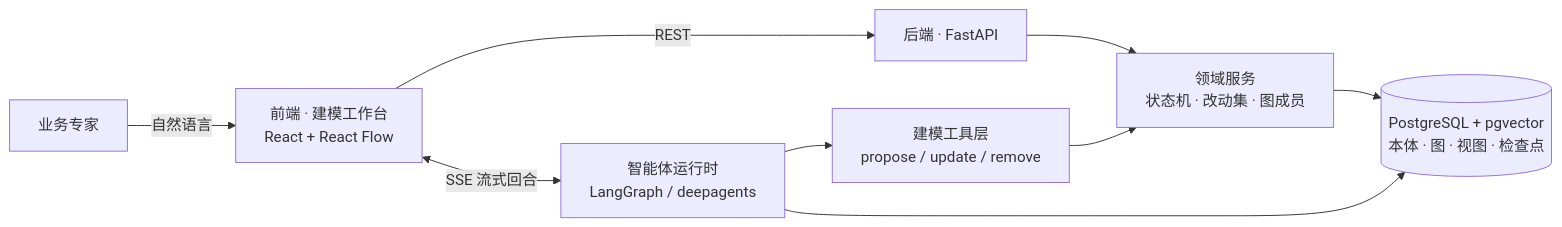
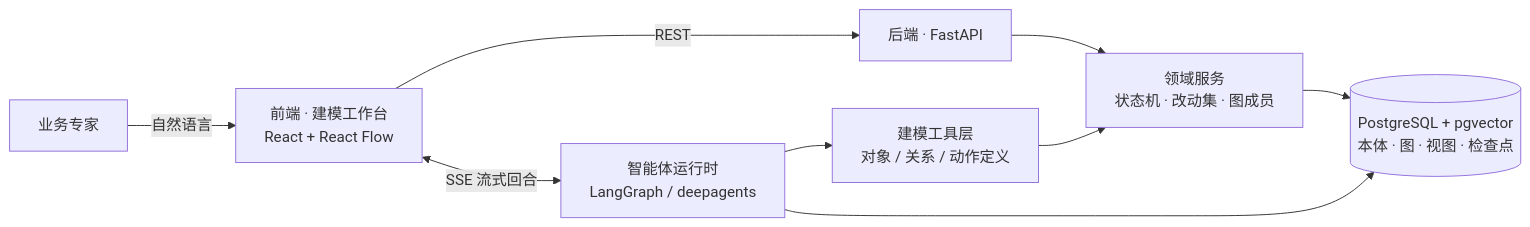
The diagram in README.md (benkunHUA/OntoWeave), drawn with Mermaid before and after one commit. The commit also changed other lines of this file and 4 other files, not shown here.

````diff
--- a/README.md
+++ b/README.md
@@ -38,11 +42,11 @@
 ```mermaid
 flowchart LR
     U["业务专家"] -->|自然语言| FE["前端 · 建模工作台<br/>React + React Flow"]
     FE -->|REST| API["后端 · FastAPI"]
     FE <-->|SSE 流式回合| AGENT["智能体运行时<br/>LangGraph / deepagents"]
-    AGENT --> TOOLS["建模工具层<br/>propose / update / remove"]
+    AGENT --> TOOLS["建模工具层<br/>对象 / 关系 / 动作定义"]
     TOOLS --> SVC["领域服务<br/>状态机 · 改动集 · 图成员"]
     API --> SVC
     SVC --> DB[("PostgreSQL + pgvector<br/>本体 · 图 · 视图 · 检查点")]
     AGENT --> DB
 ```
````
